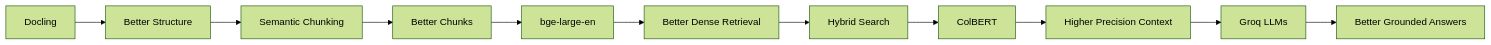
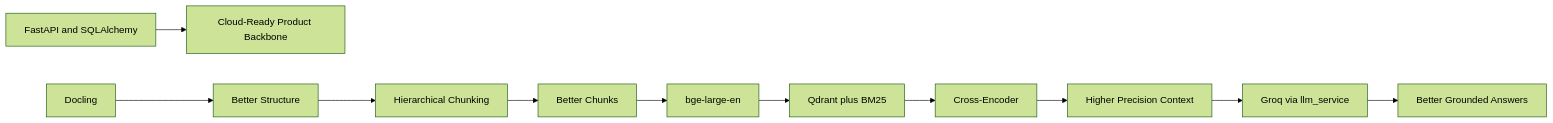
One commit to madushanl/madushanl.github.io changed diagram 15 of 15 in _posts/2026-03-25-building-a-rag-chatbot-how-to-choose-each-component-and-why.markdown. Above: the diagram before and after it, drawn with Mermaid (forest theme). The commit also changed other lines of this file, not shown here.

Commit message:
Refine RAG chatbot article to reflect updated architecture and component choices, emphasizing a cloud-first design. Adjusted terminology for clarity and improved the ingestion and query-time answering sections.

````diff
--- a/_posts/2026-03-25-building-a-rag-chatbot-how-to-choose-each-component-and-why.markdown
+++ b/_posts/2026-03-25-building-a-rag-chatbot-how-to-choose-each-component-and-why.markdown
@@ -494,13 +488,13 @@
 ```mermaid
 flowchart LR
-    A[Docling] --> B[Better Structure]
-    B --> C[Semantic Chunking]
-    C --> D[Better Chunks]
-    D --> E[bge-large-en]
-    E --> F[Better Dense Retrieval]
-    F --> G[Hybrid Search]
-    G --> H[ColBERT]
-    H --> I[Higher Precision Context]
-    I --> J[Groq LLMs]
-    J --> K[Better Grounded Answers]
+    A[FastAPI and SQLAlchemy] --> B[Cloud-Ready Product Backbone]
+    C[Docling] --> D[Better Structure]
+    D --> E[Hierarchical Chunking]
+    E --> F[Better Chunks]
+    F --> G[bge-large-en]
+    G --> H[Qdrant plus BM25]
+    H --> I[Cross-Encoder]
+    I --> J[Higher Precision Context]
+    J --> K[Groq via llm_service]
+    K --> L[Better Grounded Answers]
 ```
````
